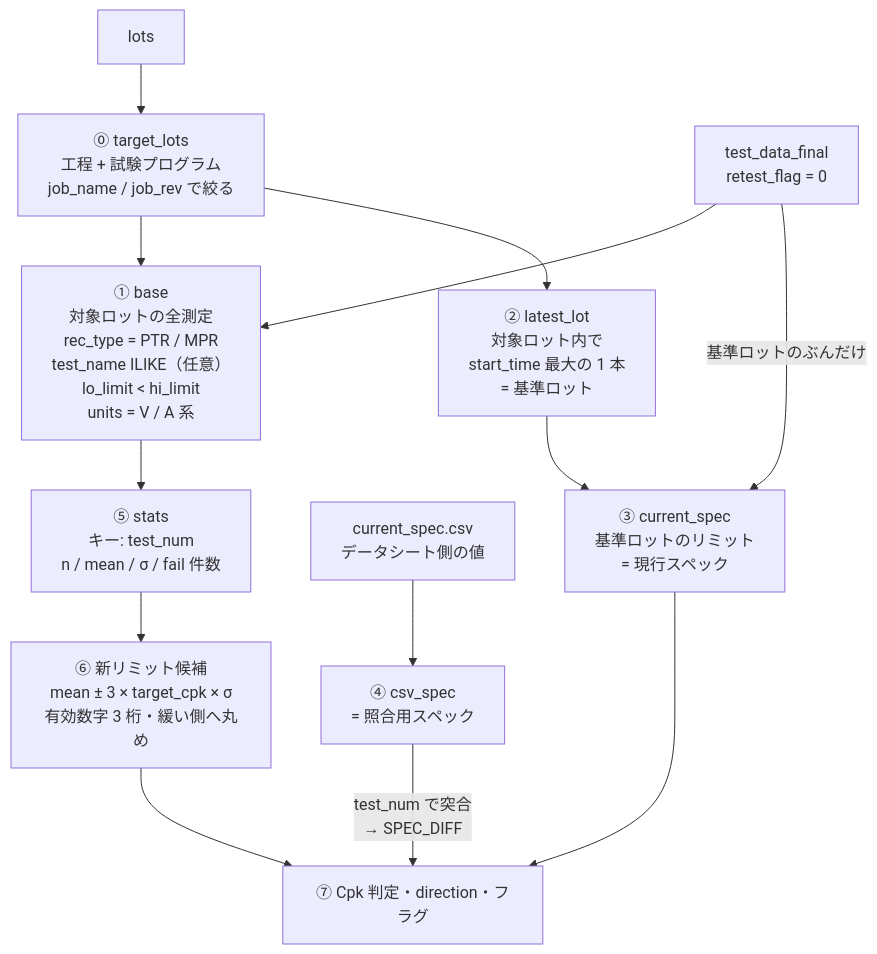
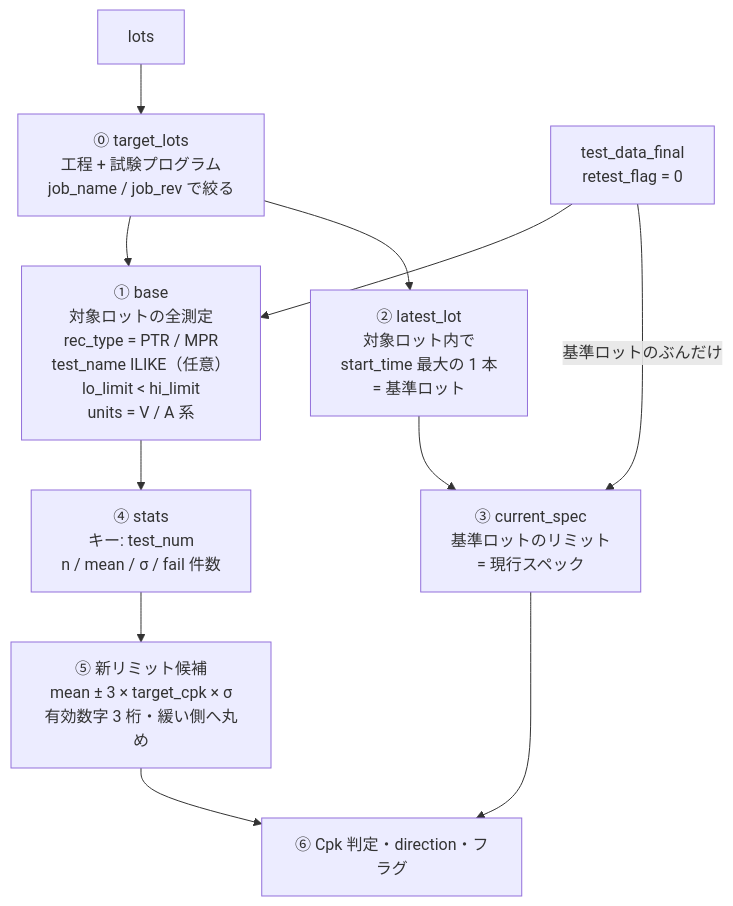
Before and after one commit to Kei0bb/STDF: the first of 2 diagrams in docs/sample_queries.md, drawn with Mermaid. The commit also changed other lines of this file, not shown here.

First line of the commit message:
refactor: 8-2 から CSV 照合の経路を削除

````diff
--- a/docs/sample_queries.md
+++ b/docs/sample_queries.md
@@ -808,18 +801,16 @@
 ```mermaid
 flowchart TD
     LO["lots"] --> TL["⓪ target_lots<br/>工程 + 試験プログラム<br/>job_name / job_rev で絞る"]
     TD["test_data_final<br/>retest_flag = 0"] --> BASE
     TL --> BASE
     BASE["① base<br/>対象ロットの全測定<br/>rec_type = PTR / MPR<br/>test_name ILIKE（任意）<br/>lo_limit &lt; hi_limit<br/>units = V / A 系"]
 
     TL --> LL["② latest_lot<br/>対象ロット内で<br/>start_time 最大の 1 本<br/>= 基準ロット"]
     LL --> CS["③ current_spec<br/>基準ロットのリミット<br/>= 現行スペック"]
     TD -->|"基準ロットのぶんだけ"| CS
-    CSVIN["current_spec.csv<br/>データシート側の値"] --> XS["④ csv_spec<br/>= 照合用スペック"]
 
-    BASE --> ST["⑤ stats<br/>キー: test_num<br/>n / mean / σ / fail 件数"]
-    ST --> CAND["⑥ 新リミット候補<br/>mean ± 3 × target_cpk × σ<br/>有効数字 3 桁・緩い側へ丸め"]
-    CS --> JUDGE["⑦ Cpk 判定・direction・フラグ"]
-    XS -->|"test_num で突合<br/>→ SPEC_DIFF"| JUDGE
+    BASE --> ST["④ stats<br/>キー: test_num<br/>n / mean / σ / fail 件数"]
+    ST --> CAND["⑤ 新リミット候補<br/>mean ± 3 × target_cpk × σ<br/>有効数字 3 桁・緩い側へ丸め"]
+    CS --> JUDGE["⑥ Cpk 判定・direction・フラグ"]
     CAND --> JUDGE
 ```
````
